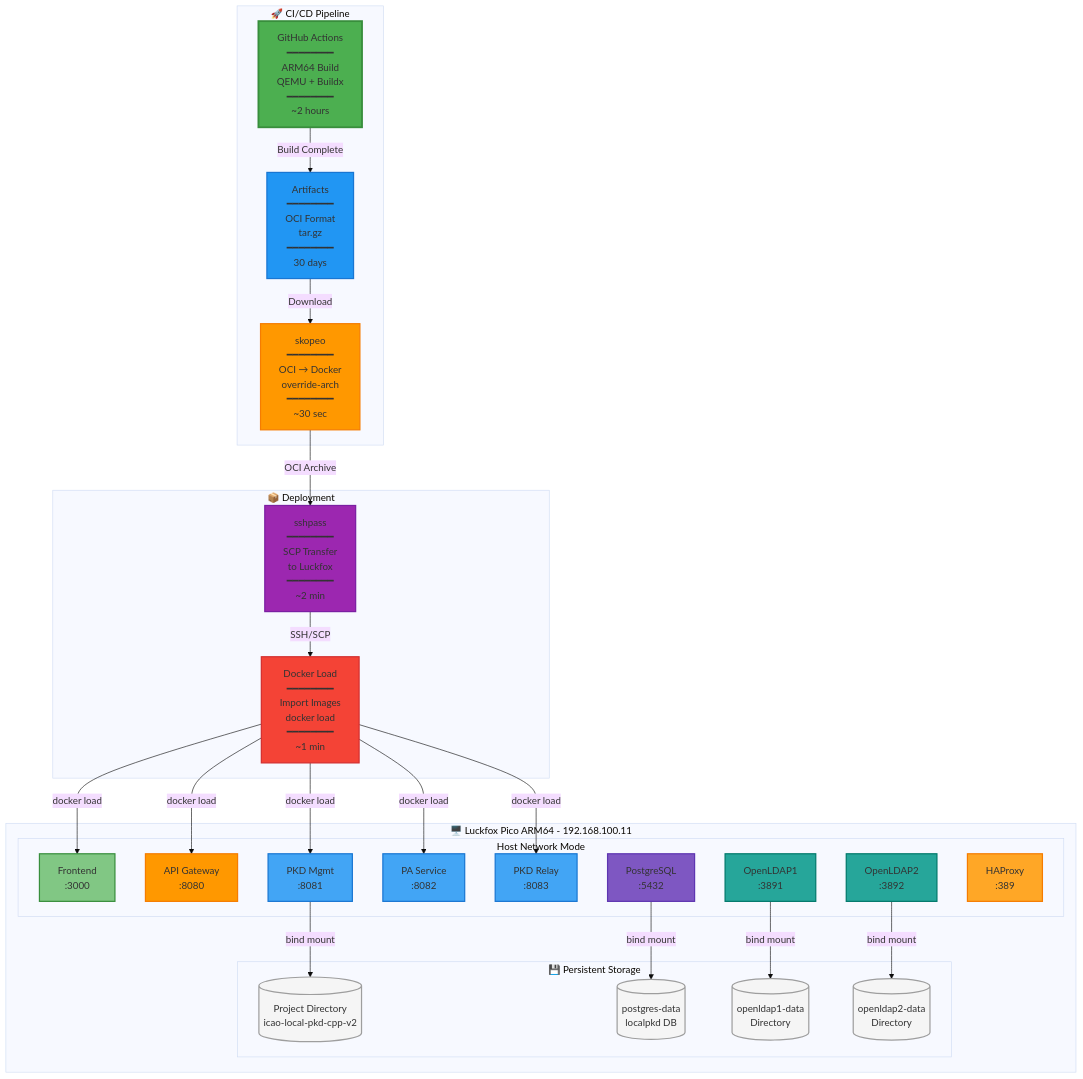
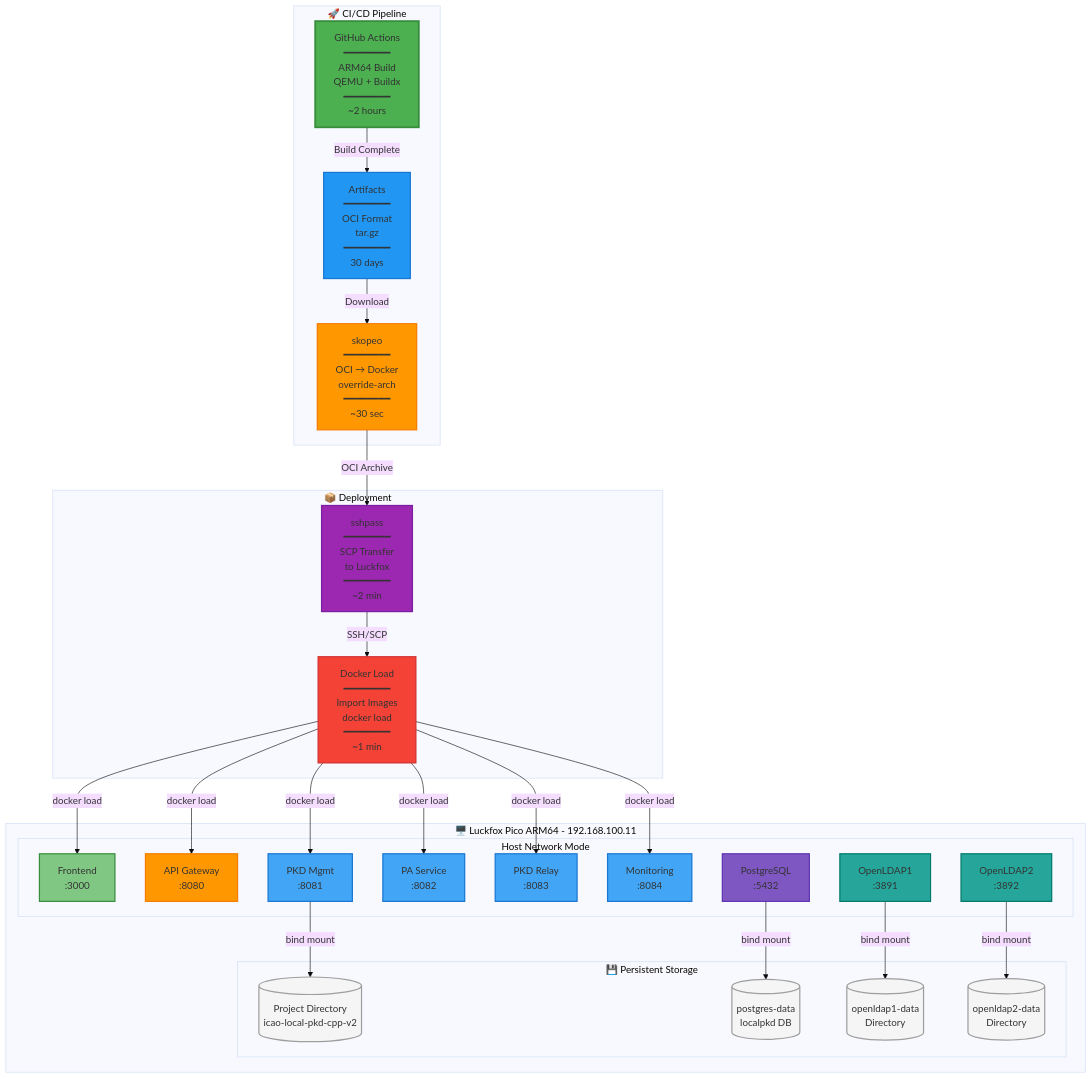
One commit to iland112/icao-local-pkd-cpp changed diagram 14 of 16 in docs/SOFTWARE_ARCHITECTURE.md. Above: the diagram before and after it, drawn with Mermaid (base theme). The commit also changed other lines of this file and 7 other files, not shown here.

First line of the commit message:
docs: Update all documentation to v2.11.0 — architecture rewrite, security audit resolution, version sync

````diff
--- a/docs/SOFTWARE_ARCHITECTURE.md
+++ b/docs/SOFTWARE_ARCHITECTURE.md
@@ -1087,79 +1160,80 @@
 ```mermaid
 graph TB
     subgraph CICD["🚀 CI/CD Pipeline"]
         GHA["GitHub Actions<br/>━━━━━━━━<br/>ARM64 Build<br/>QEMU + Buildx<br/>━━━━━━━━<br/>~2 hours"]
         Artifacts["Artifacts<br/>━━━━━━━━<br/>OCI Format<br/>tar.gz<br/>━━━━━━━━<br/>30 days"]
         Convert["skopeo<br/>━━━━━━━━<br/>OCI → Docker<br/>override-arch<br/>━━━━━━━━<br/>~30 sec"]
     end
 
     subgraph Deploy["📦 Deployment"]
         Transfer["sshpass<br/>━━━━━━━━<br/>SCP Transfer<br/>to Luckfox<br/>━━━━━━━━<br/>~2 min"]
         Load["Docker Load<br/>━━━━━━━━<br/>Import Images<br/>docker load<br/>━━━━━━━━<br/>~1 min"]
     end
 
     subgraph Luckfox["🖥️ Luckfox Pico ARM64 - 192.168.100.11"]
         subgraph Network["Host Network Mode"]
             Frontend3["Frontend<br/>:3000"]
             APIGateway3["API Gateway<br/>:8080"]
             PKD3["PKD Mgmt<br/>:8081"]
             PA3["PA Service<br/>:8082"]
             Relay3["PKD Relay<br/>:8083"]
+            Mon3["Monitoring<br/>:8084"]
             PG3["PostgreSQL<br/>:5432"]
             LDAP5["OpenLDAP1<br/>:3891"]
             LDAP6["OpenLDAP2<br/>:3892"]
-            HAProxy3["HAProxy<br/>:389"]
         end
 
         subgraph Storage3["💾 Persistent Storage"]
             ProjectDir[("Project Directory<br/>icao-local-pkd-cpp-v2")]
             PGData3[("postgres-data<br/>localpkd DB")]
             LDAP5Data[("openldap1-data<br/>Directory")]
             LDAP6Data[("openldap2-data<br/>Directory")]
         end
     end
 
     %% CI/CD Flow
     GHA -->|Build Complete| Artifacts
     Artifacts -->|Download| Convert
     Convert -->|OCI Archive| Transfer
     Transfer -->|SSH/SCP| Load
 
     %% Deployment to Services
     Load -->|docker load| Frontend3
     Load -->|docker load| APIGateway3
     Load -->|docker load| PKD3
     Load -->|docker load| PA3
     Load -->|docker load| Relay3
+    Load -->|docker load| Mon3
 
     %% Services to Storage
     PG3 -->|bind mount| PGData3
     LDAP5 -->|bind mount| LDAP5Data
     LDAP6 -->|bind mount| LDAP6Data
     PKD3 -->|bind mount| ProjectDir
 
     %% Styling - CI/CD
     style GHA fill:#4CAF50,stroke:#388E3C,stroke-width:3px
     style Artifacts fill:#2196F3,stroke:#1976D2,stroke-width:2px
     style Convert fill:#FF9800,stroke:#F57C00,stroke-width:2px
 
     %% Styling - Deploy
     style Transfer fill:#9C27B0,stroke:#7B1FA2,stroke-width:2px
     style Load fill:#F44336,stroke:#D32F2F,stroke-width:2px
 
     %% Styling - Services
     style Frontend3 fill:#81C784,stroke:#388E3C,stroke-width:2px
     style APIGateway3 fill:#FF9800,stroke:#F57C00,stroke-width:2px
     style PKD3 fill:#42A5F5,stroke:#1976D2,stroke-width:2px
     style PA3 fill:#42A5F5,stroke:#1976D2,stroke-width:2px
     style Relay3 fill:#42A5F5,stroke:#1976D2,stroke-width:2px
+    style Mon3 fill:#42A5F5,stroke:#1976D2,stroke-width:2px
     style PG3 fill:#7E57C2,stroke:#5E35B1,stroke-width:2px
     style LDAP5 fill:#26A69A,stroke:#00796B,stroke-width:2px
     style LDAP6 fill:#26A69A,stroke:#00796B,stroke-width:2px
-    style HAProxy3 fill:#FFA726,stroke:#F57C00,stroke-width:2px
 
     %% Styling - Storage
     style ProjectDir fill:#F5F5F5,stroke:#9E9E9E,stroke-width:2px
     style PGData3 fill:#F5F5F5,stroke:#9E9E9E,stroke-width:2px
     style LDAP5Data fill:#F5F5F5,stroke:#9E9E9E,stroke-width:2px
     style LDAP6Data fill:#F5F5F5,stroke:#9E9E9E,stroke-width:2px
 ```
````
